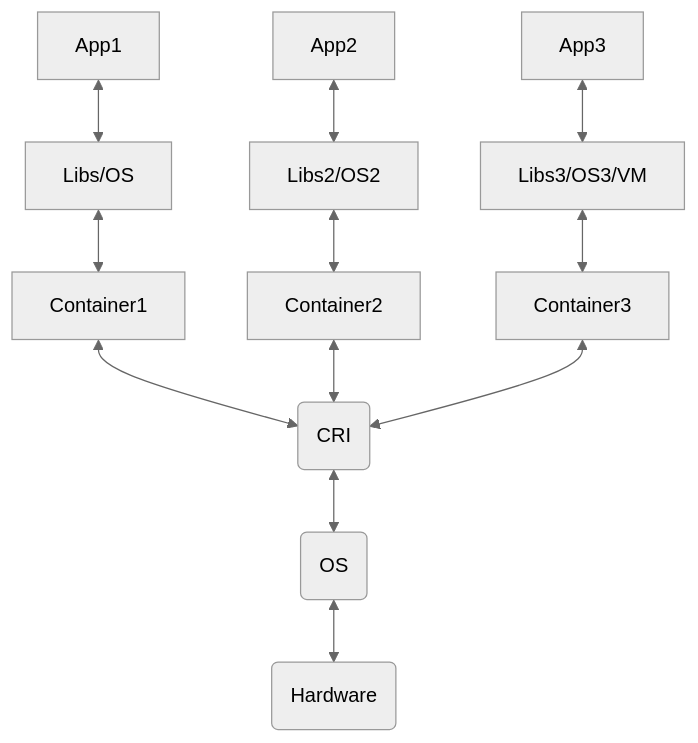
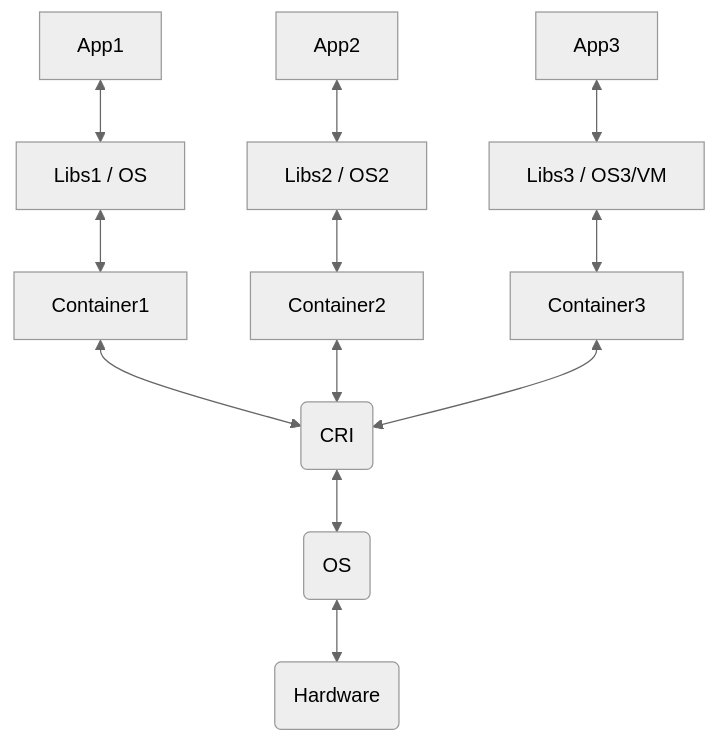
One commit to gu-hy/k8s-getting-started changed the third of 3 diagrams in README.md. Above: the diagram before and after it, drawn with Mermaid (neutral theme). The commit also changed other lines of this file, not shown here.

````diff
--- a/README.md
+++ b/README.md
@@ -33,15 +33,15 @@
 ```mermaid
 flowchart TD
     A[App1]<-->A1
-    A1[Libs/OS]<-->A2
+    A1[Libs1 / OS]<-->A2
     A2[Container1]<-->E
     B[App2]<-->B1
-    B1[Libs2/OS2]<-->B2
+    B1[Libs2 / OS2]<-->B2
     B2[Container2]<-->E
     C[App3]<-->C1
-    C1[Libs3/OS3/VM]<-->C2
+    C1[Libs3 / OS3/VM]<-->C2
     C2[Container3]<-->E
     E(CRI)<-->F
     F(OS)<-->G
     G(Hardware)
 ```
````
